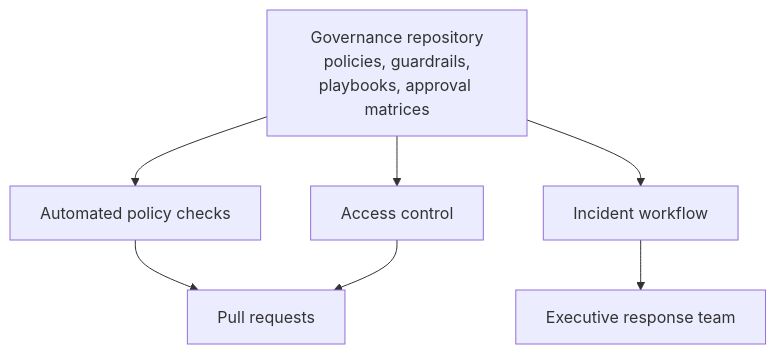
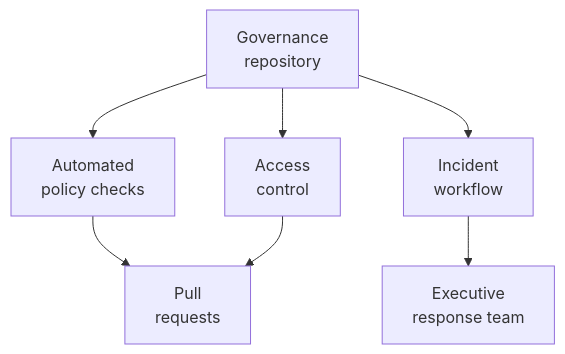
Before and after one commit to Geonitab/architecture_as_code: the diagram in docs/images/diagram_19_governance_pipeline.mmd, drawn with Mermaid. The commit also changed 165 other files, not shown here.

First line of the commit message:
Readable diagrams, a check that measures them, and the rules in the guides

```diff
--- a/docs/images/diagram_19_governance_pipeline.mmd
+++ b/docs/images/diagram_19_governance_pipeline.mmd
@@ -1,15 +1,15 @@
 %% Governance repository automation flow
-graph TD
-    Repo["Governance repository<br/>policies, guardrails,<br/>playbooks, approval matrices"]:::geon-primary
-    Checks[Automated policy checks]:::geon-highlight
-    Workflow[Incident workflow]:::geon-accent
-    IAM[Access control]:::geon-accent
-    PR[Pull requests]:::geon-primary
-    Response[Executive response team]:::geon-muted
+graph TB
+    Repo["Governance<br/>repository"]:::geon-primary
+    Checks["Automated<br/>policy checks"]:::geon-highlight
+    Workflow["Incident<br/>workflow"]:::geon-accent
+    IAM["Access<br/>control"]:::geon-accent
+    PR["Pull<br/>requests"]:::geon-primary
+    Response["Executive<br/>response team"]:::geon-muted
 
     Repo --> Checks
     Repo --> Workflow
     Repo --> IAM
     Checks --> PR
     IAM --> PR
     Workflow --> Response
```
